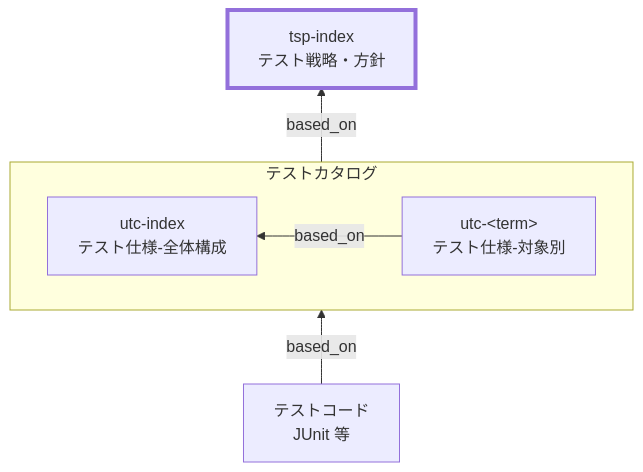
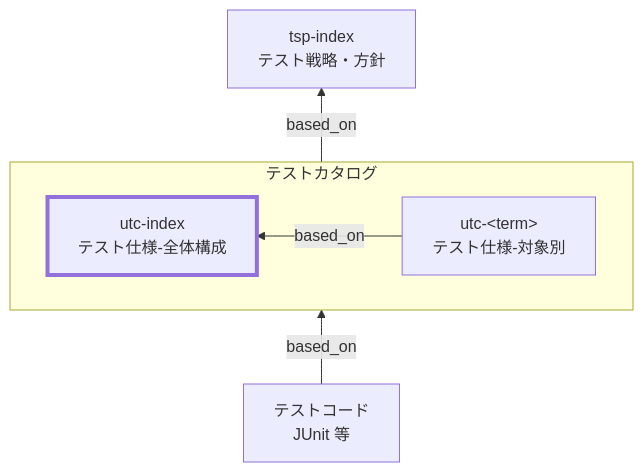
One commit to specdojo/spec-dojo-handbook changed the diagram in docs/ja/handbook/rules/utc-index-rules.md. Above: the diagram before and after it, drawn with Mermaid. The commit also changed 5 other files, not shown here.

Commit message:
docs(update): 図とoverview->indexの変更

````diff
--- a/docs/ja/handbook/rules/utc-index-rules.md
+++ b/docs/ja/handbook/rules/utc-index-rules.md
@@ -30,20 +30,20 @@
 ```mermaid
 flowchart BT
   TSP["tsp-index<br>テスト戦略・方針"]
 
   subgraph TC["テストカタログ"]
   direction RL
     TCIndex["utc-index<br>テスト仕様-全体構成"]
     TCDetail["utc-&lt;term&gt;<br>テスト仕様-対象別"]
     TCDetail -->|based_on| TCIndex
   end
 
   Code["テストコード<br>JUnit 等"]
 
   TC -->|based_on| TSP
   Code -->|based_on| TC
 
 
   classDef target stroke-width:4px
-  class TSP target
+  class TCIndex target
 ```
````
